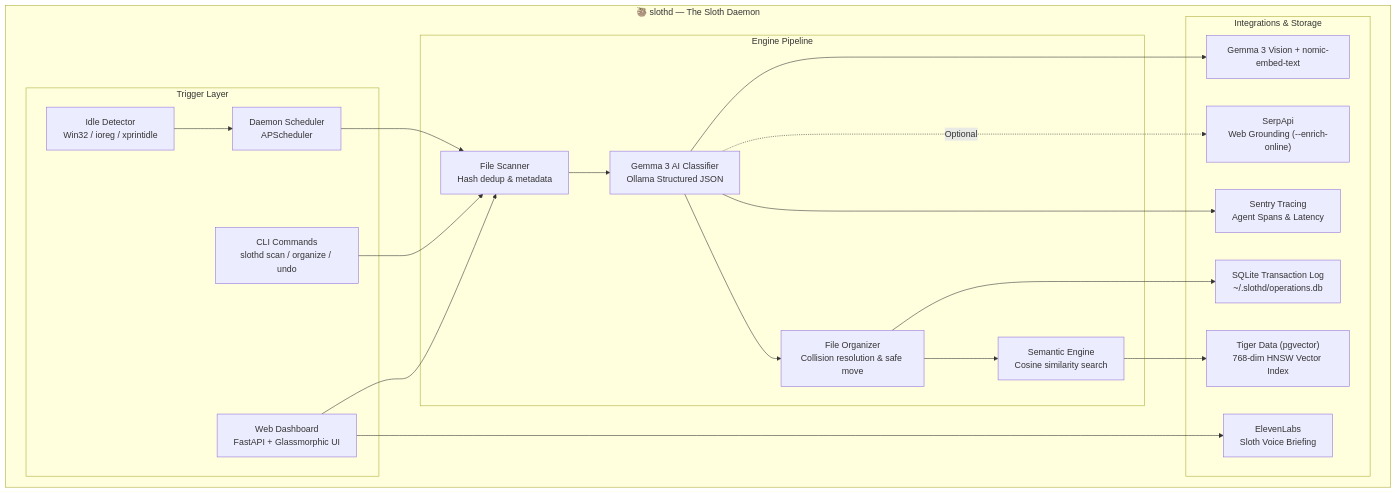
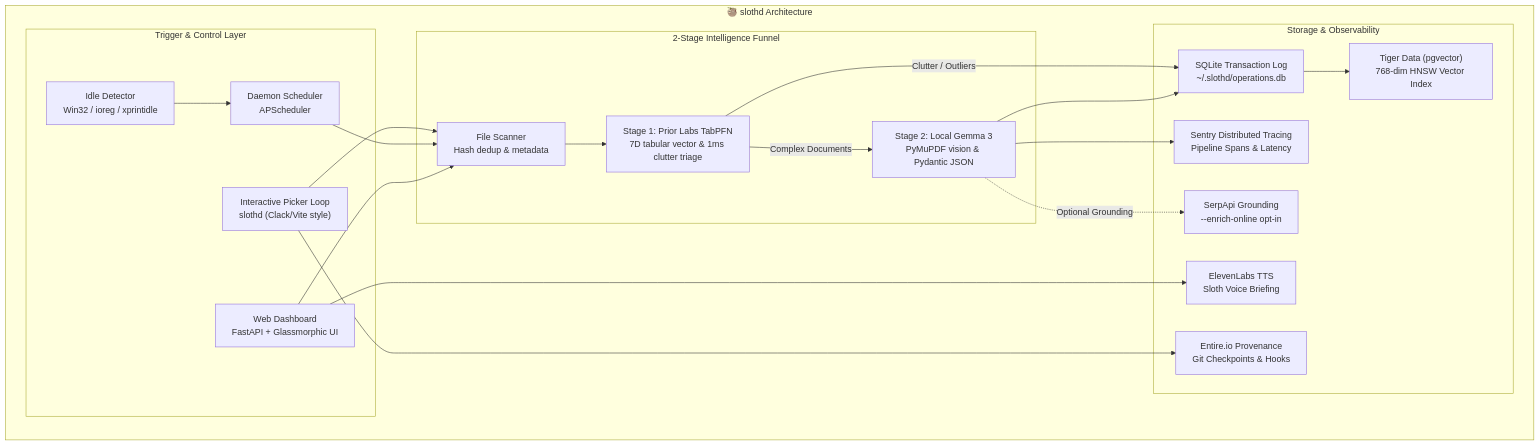
One commit to JaniDhruv/slothd changed the diagram in README.md. Above: the diagram before and after it, drawn with Mermaid. The commit also changed other lines of this file, not shown here.

Commit message:
docs: update README with TabPFN 2-stage funnel, Entire provenance, CI, and 9-track sponsor matrix

````diff
--- a/README.md
+++ b/README.md
@@ -37,41 +42,40 @@
 ```mermaid
 graph TB
-    subgraph "🦥 slothd — The Sloth Daemon"
-        subgraph "Trigger Layer"
+    subgraph "🦥 slothd Architecture"
+        subgraph "Trigger & Control Layer"
             IDLE["Idle Detector<br/>Win32 / ioreg / xprintidle"]
             DAEMON["Daemon Scheduler<br/>APScheduler"]
-            CLI["CLI Commands<br/>slothd scan / organize / undo"]
+            PICKER["Interactive Picker Loop<br/>slothd (Clack/Vite style)"]
             WEB_UI["Web Dashboard<br/>FastAPI + Glassmorphic UI"]
         end
 
-        subgraph "Engine Pipeline"
+        subgraph "2-Stage Intelligence Funnel"
             SCANNER["File Scanner<br/>Hash dedup & metadata"]
-            CLASSIFIER["Gemma 3 AI Classifier<br/>Ollama Structured JSON"]
-            ORGANIZER["File Organizer<br/>Collision resolution & safe move"]
-            SEARCH["Semantic Engine<br/>Cosine similarity search"]
+            TABPFN["Stage 1: Prior Labs TabPFN<br/>7D tabular vector & 1ms clutter triage"]
+            GEMMA["Stage 2: Local Gemma 3<br/>PyMuPDF vision & Pydantic JSON"]
         end
 
-        subgraph "Integrations & Storage"
-            OLLAMA["Gemma 3 Vision + nomic-embed-text"]
+        subgraph "Storage & Observability"
             SQLITE["SQLite Transaction Log<br/>~/.slothd/operations.db"]
             TIGER["Tiger Data (pgvector)<br/>768-dim HNSW Vector Index"]
-            SERPAPI["SerpApi<br/>Web Grounding (--enrich-online)"]
-            SENTRY["Sentry Tracing<br/>Agent Spans & Latency"]
-            ELEVEN["ElevenLabs<br/>Sloth Voice Briefing"]
+            SENTRY["Sentry Distributed Tracing<br/>Pipeline Spans & Latency"]
+            SERPAPI["SerpApi Grounding<br/>--enrich-online opt-in"]
+            ELEVEN["ElevenLabs TTS<br/>Sloth Voice Briefing"]
+            ENTIRE["Entire.io Provenance<br/>Git Checkpoints & Hooks"]
         end
     end
 
     IDLE --> DAEMON
+    PICKER --> SCANNER
     DAEMON --> SCANNER
-    CLI --> SCANNER
     WEB_UI --> SCANNER
-    SCANNER --> CLASSIFIER
-    CLASSIFIER --> OLLAMA
-    CLASSIFIER -.->|Optional| SERPAPI
-    CLASSIFIER --> SENTRY
-    CLASSIFIER --> ORGANIZER
-    ORGANIZER --> SQLITE
-    ORGANIZER --> SEARCH
-    SEARCH --> TIGER
+    SCANNER --> TABPFN
+    TABPFN -->|Clutter / Outliers| SQLITE
+    TABPFN -->|Complex Documents| GEMMA
+    GEMMA --> SENTRY
+    GEMMA -.->|Optional Grounding| SERPAPI
+    GEMMA --> SQLITE
+    SQLITE --> TIGER
     WEB_UI --> ELEVEN
+    PICKER --> ENTIRE
 ```
````
